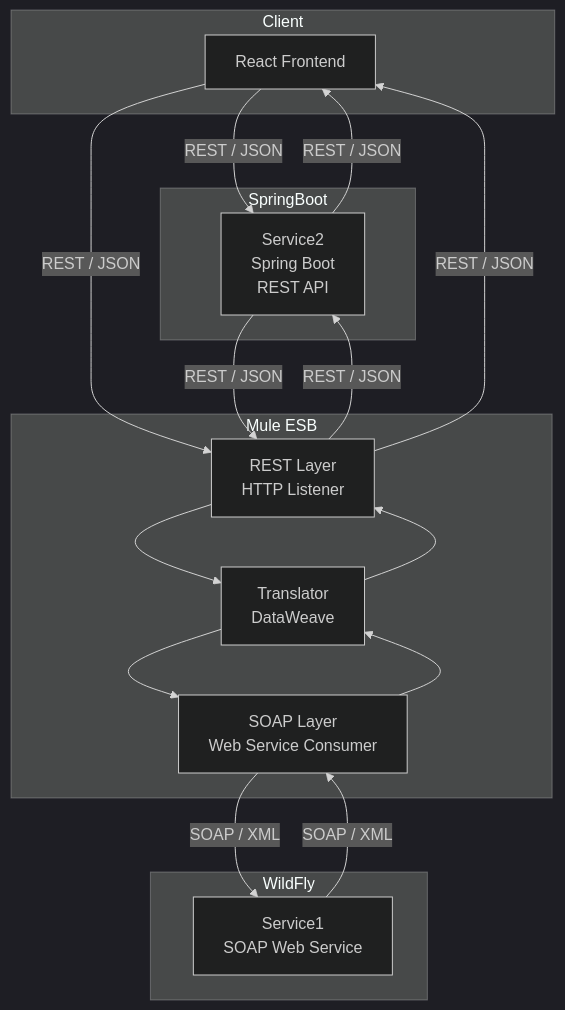
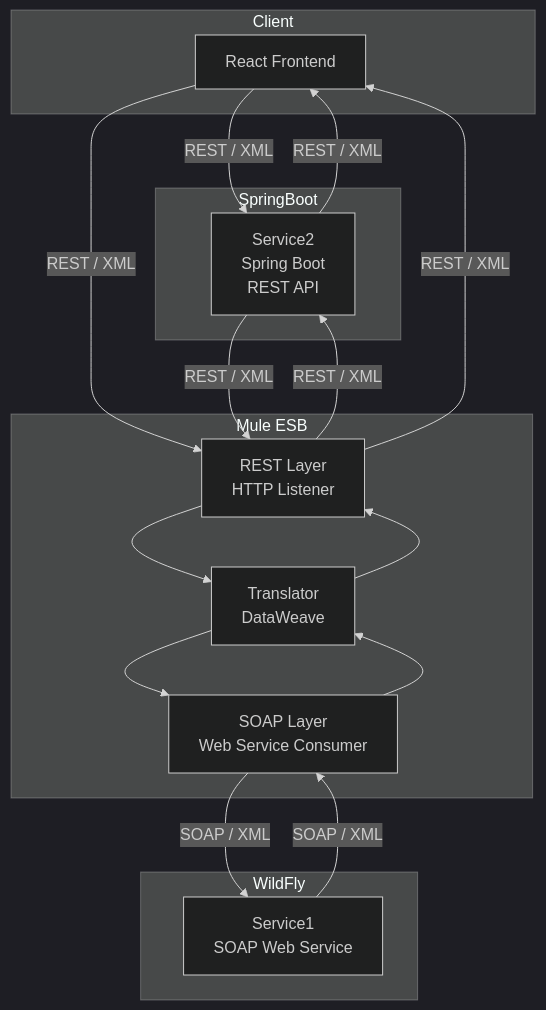
One commit to Tolia-GH/ITMO-Labs changed the first of 2 diagrams in SOA/Lab4-Note.md. Above: the diagram before and after it, drawn with Mermaid (dark theme). The commit also changed other lines of this file and 14 other files, not shown here.

````diff
--- a/SOA/Lab4-Note.md
+++ b/SOA/Lab4-Note.md
@@ -9,25 +9,25 @@
 ```mermaid
 flowchart TB
  subgraph Client["Client"]
         A["React Frontend"]
   end
  subgraph SpringBoot["SpringBoot"]
         B["Service2<br>Spring Boot<br>REST API"]
   end
  subgraph Mule["Mule ESB"]
         C["REST Layer<br>HTTP Listener"]
         D["Translator<br>DataWeave"]
         E["SOAP Layer<br>Web Service Consumer"]
   end
  subgraph WildFly["WildFly"]
         F["Service1<br>SOAP Web Service"]
   end
-    A -- REST / JSON --> B & C
-    B -- REST / JSON --> C & A
+    A -- REST / XML --> B & C
+    B -- REST / XML --> C & A
     C --> D
     D --> E & C
     E -- SOAP / XML --> F
     F -- SOAP / XML --> E
     E --> D
-    C -- REST / JSON --> B & A
+    C -- REST / XML --> B & A
 ```
````
